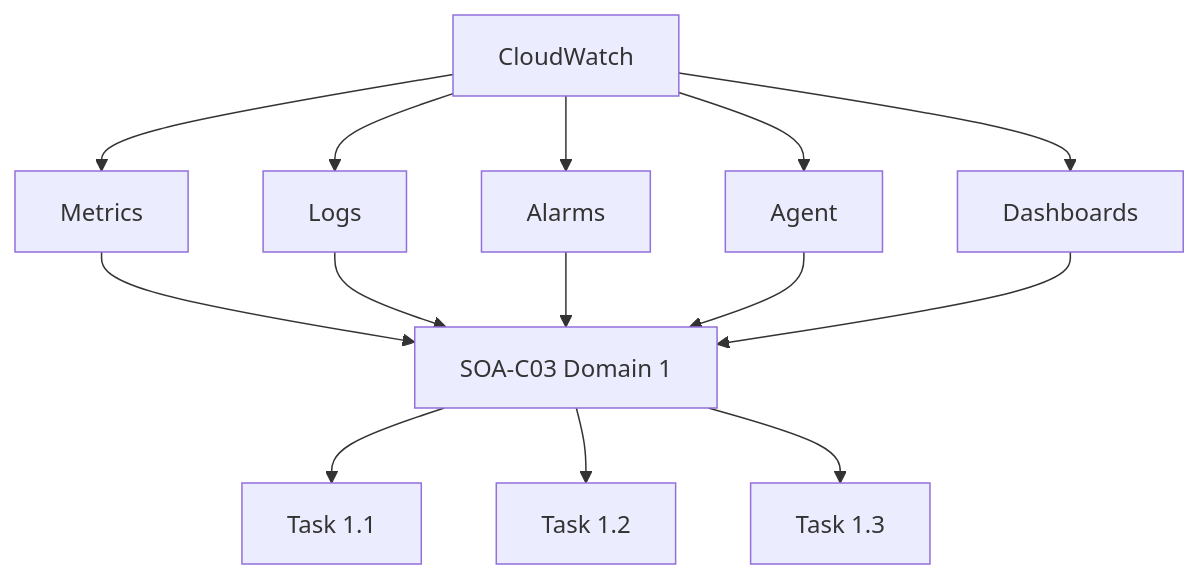
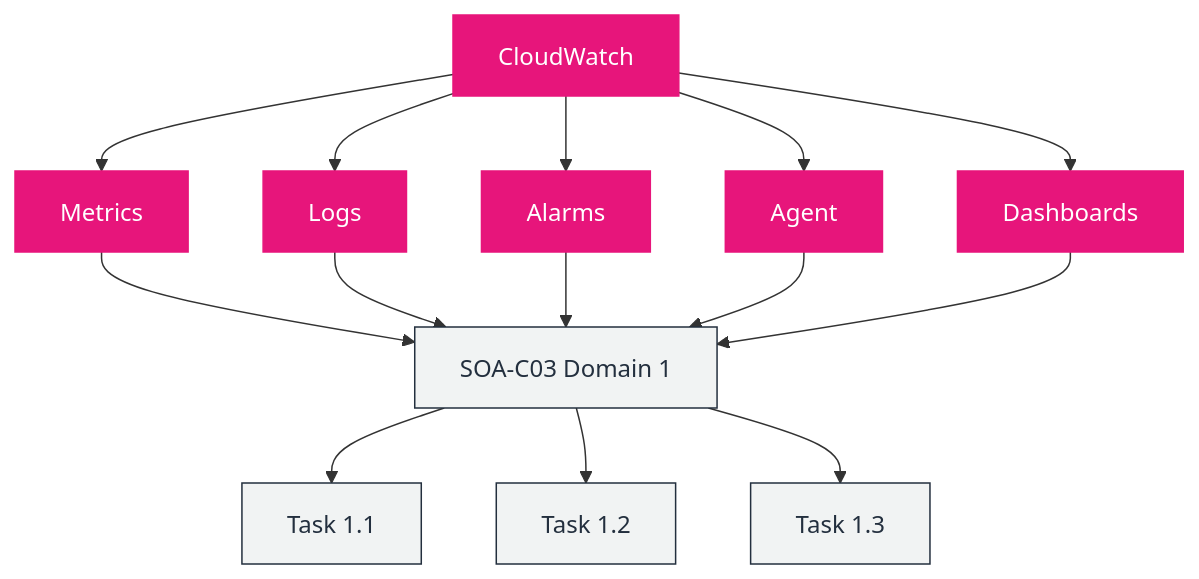
The sixth of 15 diagrams in AGENTS.md (GabrielAlmeidaFlores/AWS-CloudOps-Engineer-Associate-Doc), drawn with Mermaid before and after one commit. The commit also changed other lines of this file and 22 other files, not shown here.

First line of the commit message:
docs: AWS-styled Mermaid, IAM/VPC console screenshots, and AGENTS.md rules

````diff
--- a/AGENTS.md
+++ b/AGENTS.md
@@ -1492,16 +1504,20 @@
 ```mermaid
 flowchart TD
-    CW[CloudWatch] --> M[Metrics]
-    CW --> L[Logs]
-    CW --> AL[Alarms]
-    CW --> AG[Agent]
-    CW --> DB[Dashboards]
+    CW["CloudWatch"] --> M["Metrics"]
+    CW --> L["Logs"]
+    CW --> AL["Alarms"]
+    CW --> AG["Agent"]
+    CW --> DB["Dashboards"]
     M --> D1["SOA-C03 Domain 1"]
     L --> D1
     AL --> D1
     AG --> D1
     DB --> D1
     D1 --> T1["Task 1.1"]
     D1 --> T2["Task 1.2"]
     D1 --> T3["Task 1.3"]
+    classDef mgmt fill:#E7157B,stroke:#E7157B,color:#ffffff
+    classDef neutral fill:#F1F3F3,stroke:#232F3E,color:#232F3E
+    class CW,M,L,AL,AG,DB mgmt
+    class D1,T1,T2,T3 neutral
 ```
````
